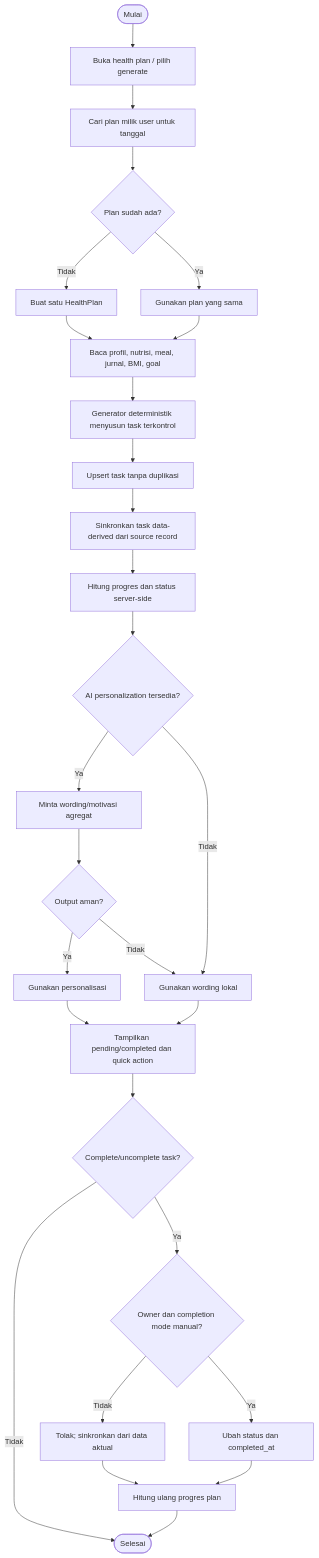
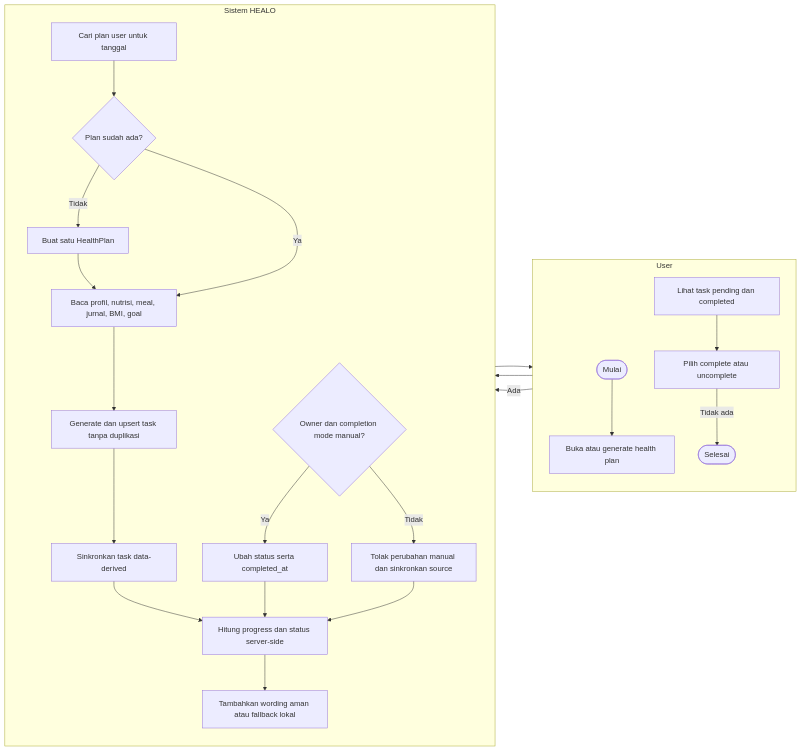
The ninth of 11 diagrams in docs/system-analysis/03-activity-diagrams.md (Daffa-Qiao/Healo), drawn with Mermaid before and after one commit. The commit also changed other lines of this file and 4 other files, not shown here.

Commit message:
renew diagram

````diff
--- a/docs/system-analysis/03-activity-diagrams.md
+++ b/docs/system-analysis/03-activity-diagrams.md
@@ -266,30 +372,36 @@
 ```mermaid
-flowchart TD
-    A([Mulai]) --> B[Buka health plan / pilih generate]
-    B --> C[Cari plan milik user untuk tanggal]
-    C --> D{Plan sudah ada?}
-    D -- Tidak --> E[Buat satu HealthPlan]
-    D -- Ya --> F[Gunakan plan yang sama]
-    E --> G[Baca profil, nutrisi, meal, jurnal, BMI, goal]
-    F --> G
-    G --> H[Generator deterministik menyusun task terkontrol]
-    H --> I[Upsert task tanpa duplikasi]
-    I --> J[Sinkronkan task data-derived dari source record]
-    J --> K[Hitung progres dan status server-side]
-    K --> L{AI personalization tersedia?}
-    L -- Ya --> M[Minta wording/motivasi agregat]
-    M --> N{Output aman?}
-    N -- Ya --> O[Gunakan personalisasi]
-    N -- Tidak --> P[Gunakan wording lokal]
-    L -- Tidak --> P
-    O --> Q[Tampilkan pending/completed dan quick action]
-    P --> Q
-    Q --> R{Complete/uncomplete task?}
-    R -- Tidak --> S([Selesai])
-    R -- Ya --> T{Owner dan completion mode manual?}
-    T -- Tidak --> U[Tolak; sinkronkan dari data aktual]
-    T -- Ya --> V[Ubah status dan completed_at]
-    U --> W[Hitung ulang progres plan]
-    V --> W
-    W --> S
+flowchart LR
+    subgraph U["User"]
+        direction TB
+        U1([Mulai])
+        U2[Buka atau generate health plan]
+        U3[Lihat task pending dan completed]
+        U4[Pilih complete atau uncomplete]
+        U5([Selesai])
+    end
+
+    subgraph S["Sistem HEALO"]
+        direction TB
+        S1[Cari plan user untuk tanggal]
+        S2{Plan sudah ada?}
+        S3[Buat satu HealthPlan]
+        S4[Baca profil, nutrisi, meal, jurnal, BMI, goal]
+        S5[Generate dan upsert task tanpa duplikasi]
+        S6[Sinkronkan task data-derived]
+        S7[Hitung progress dan status server-side]
+        S8[Tambahkan wording aman atau fallback lokal]
+        S9{Owner dan completion mode manual?}
+        S10[Ubah status serta completed_at]
+        S11[Tolak perubahan manual dan sinkronkan source]
+    end
+
+    U1 --> U2 --> S1 --> S2
+    S2 -- Tidak --> S3 --> S4
+    S2 -- Ya --> S4
+    S4 --> S5 --> S6 --> S7 --> S8 --> U3
+    U3 --> U4
+    U4 -- Tidak ada --> U5
+    U4 -- Ada --> S9
+    S9 -- Ya --> S10 --> S7
+    S9 -- Tidak --> S11 --> S7
 ```
````
